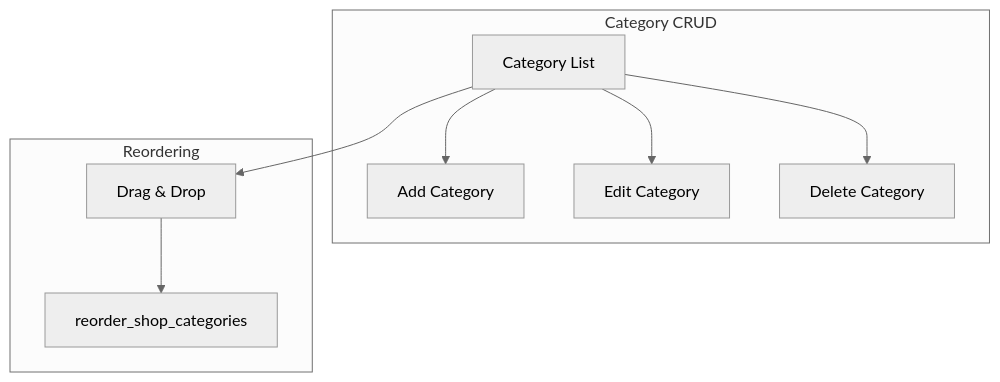
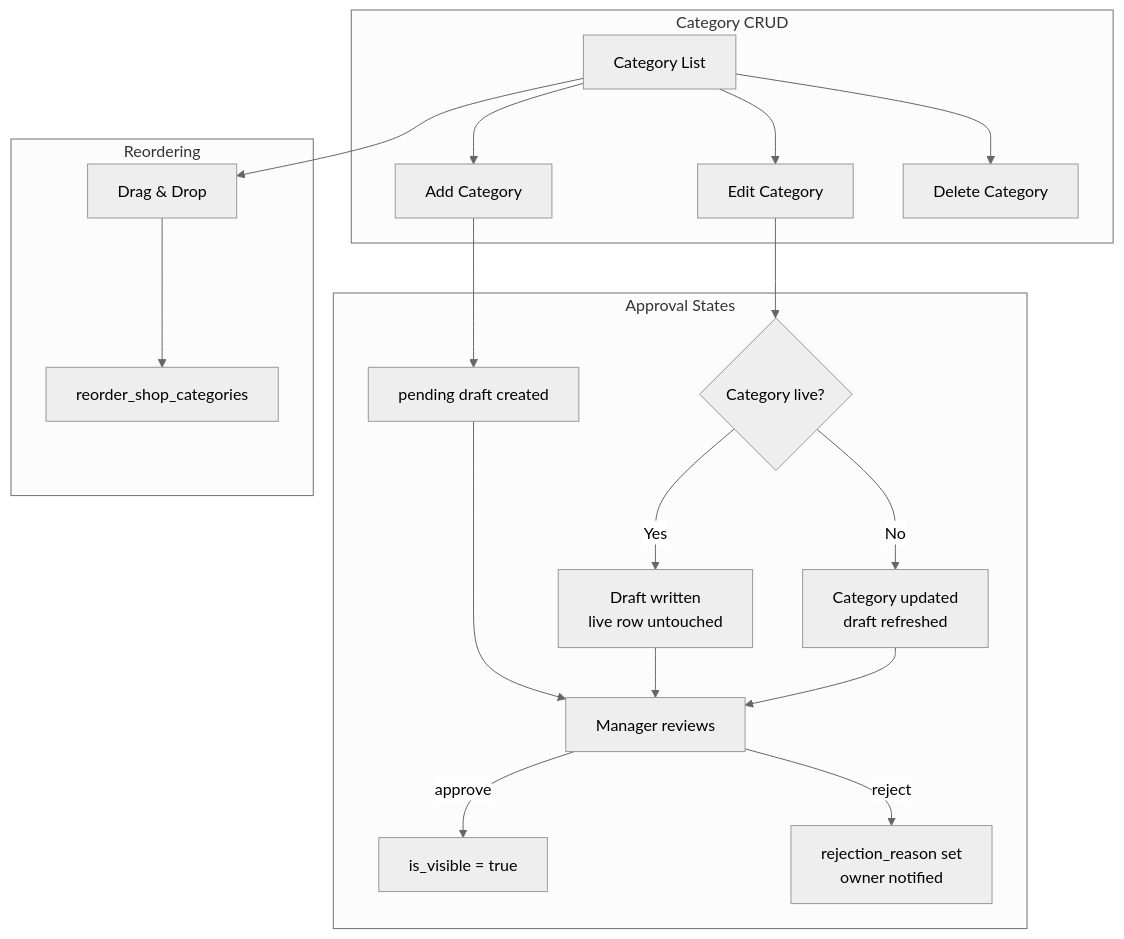
The diagram in docs/shop-service/frontend/studio-categories.md (hobenakicoffee/libraries), drawn with Mermaid (neutral theme) before and after one commit. The commit also changed other lines of this file and 7 other files, not shown here.

````diff
--- a/docs/shop-service/frontend/studio-categories.md
+++ b/docs/shop-service/frontend/studio-categories.md
@@ -3,13 +3,23 @@
 ```mermaid
 flowchart TB
     subgraph "Category CRUD"
         A[Category List] --> B[Add Category]
         A --> C[Edit Category]
         A --> D[Delete Category]
     end
-    
+
+    subgraph "Approval States"
+        B --> E[pending draft created]
+        C --> F{Category live?}
+        F -->|Yes| G[Draft written\nlive row untouched]
+        F -->|No| H[Category updated\ndraft refreshed]
+        E & G & H --> I[Manager reviews]
+        I -->|approve| J[is_visible = true]
+        I -->|reject| K[rejection_reason set\nowner notified]
+    end
+
     subgraph "Reordering"
-        A --> E[Drag & Drop]
-        E --> F[reorder_shop_categories]
+        A --> L[Drag & Drop]
+        L --> M[reorder_shop_categories]
     end
 ```
````
